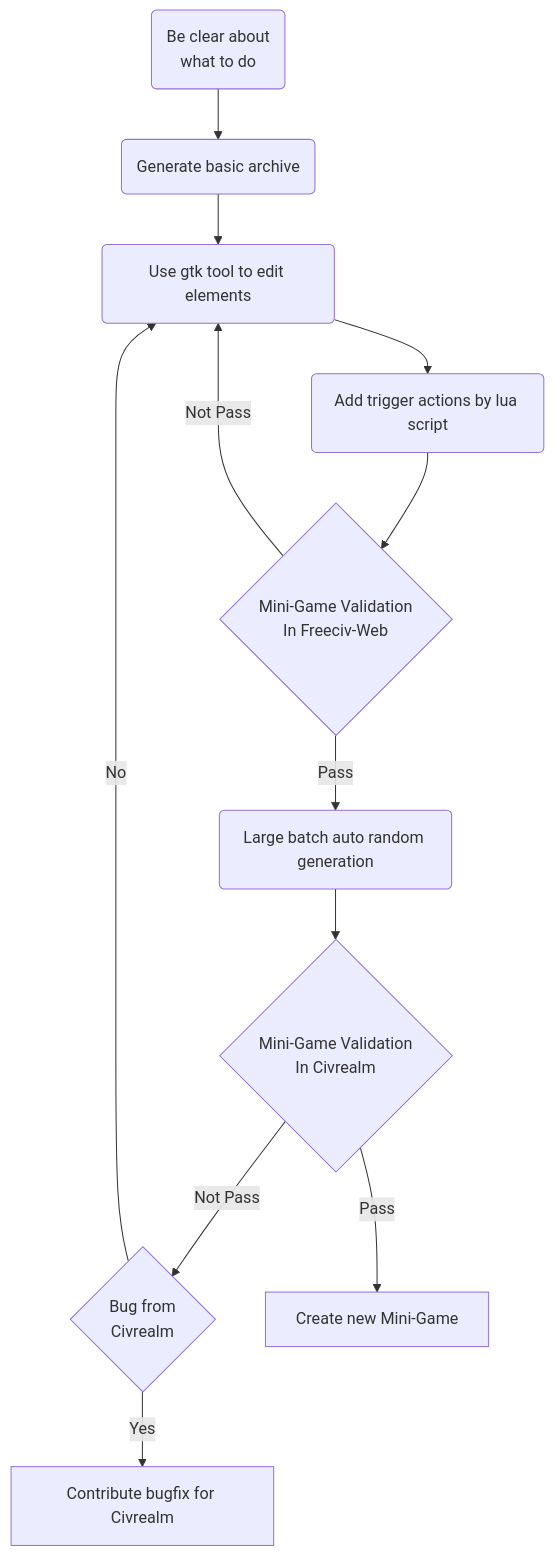
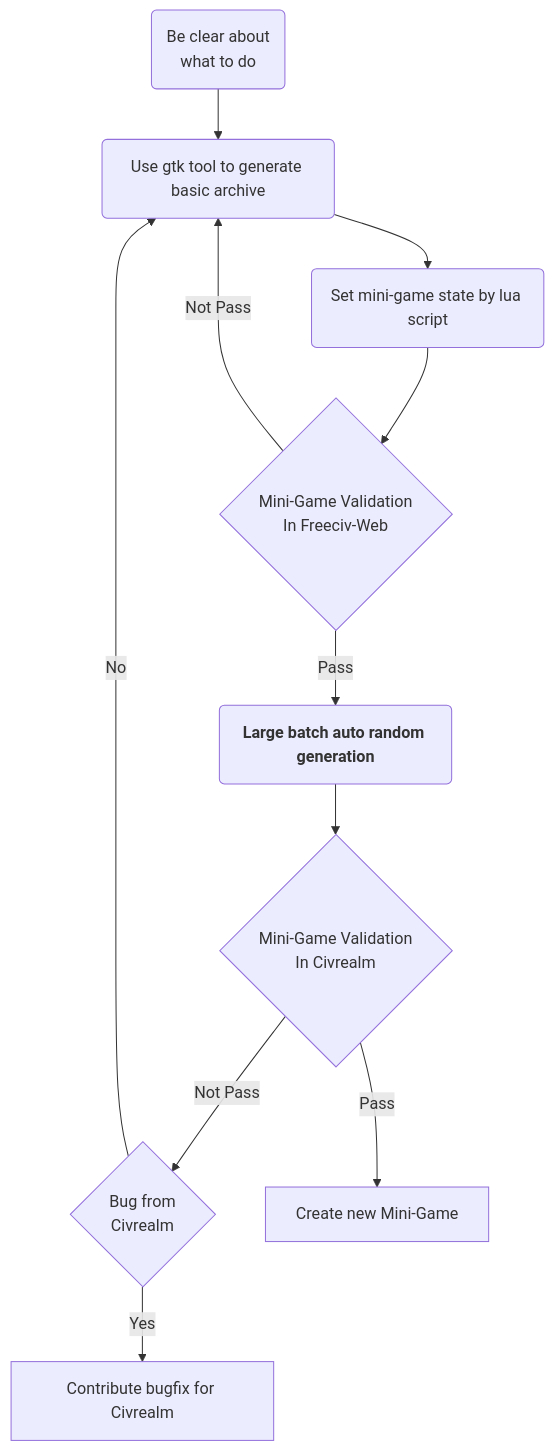
The diagram in docs/advanced_materials/minigame.md (fdrocha/forecastbench-sim), drawn with Mermaid before and after one commit. The commit also changed other lines of this file, not shown here.

Commit message:
update mini-game doc

````diff
--- a/docs/advanced_materials/minigame.md
+++ b/docs/advanced_materials/minigame.md
@@ -253,14 +253,13 @@
 ```mermaid
 graph TD
-    A(Be clear about \nwhat to do) --> B(Generate basic archive)
-    B --> D(Use gtk tool to edit elements)
-    D --> F(Add trigger actions by lua script)
+    A(Be clear about \nwhat to do) --> D(Use gtk tool to generate basic archive)
+    D --> F(Set mini-game state by lua script)
     F --> C{Mini-Game Validation\n In Freeciv-Web}
     C --> |Not Pass| D 
-    C --> |Pass| E(Large batch auto random generation)
+    C --> |Pass| E(<b>Large batch auto random generation</b>)
     E --> H{Mini-Game Validation\n In Civrealm}
     H --> |Not Pass| J{Bug from \nCivrealm}
     J --> |Yes| K[Contribute bugfix for Civrealm]
     J --> |No| D
     H --> |Pass| I[Create new Mini-Game]
 ```
````
